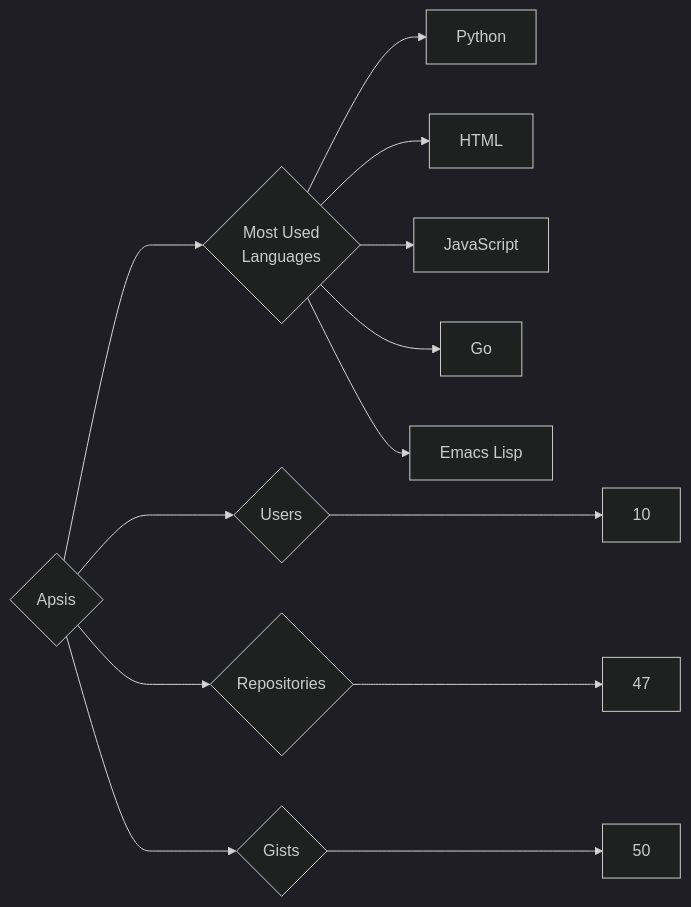
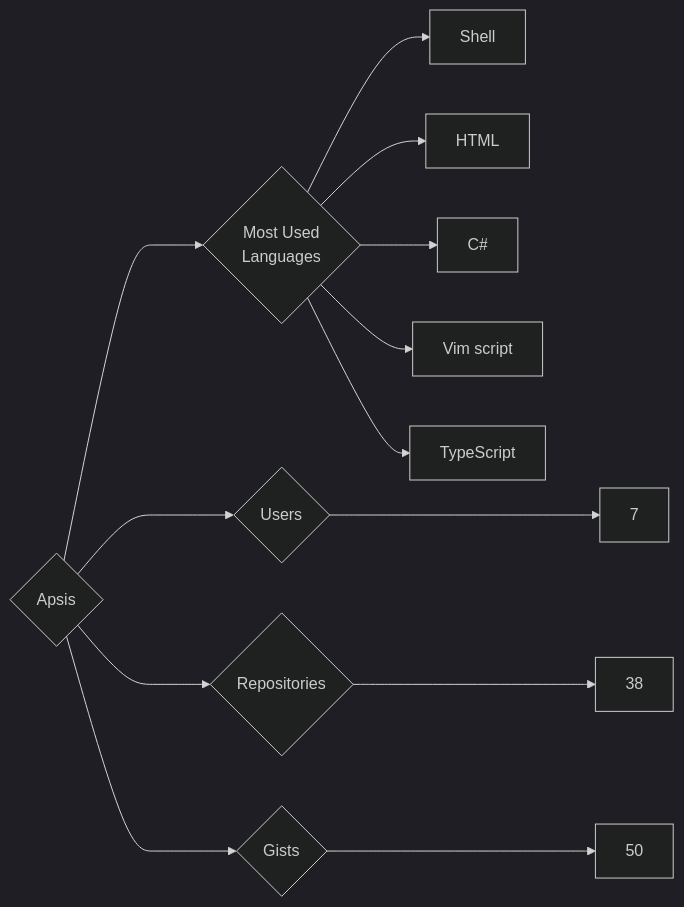
The diagram in targets/Apsis/README.md (trickest/insiders), drawn with Mermaid (dark theme) before and after one commit. The commit also changed 916 other files, not shown here.

````diff
--- a/targets/Apsis/README.md
+++ b/targets/Apsis/README.md
@@ -3,13 +3,13 @@
 ```mermaid
 graph LR
 COMPANY_NAME{Apsis}
-COMPANY_NAME ---> U{Users} ---> UN[10]
-COMPANY_NAME ---> R{Repositories} ---> RN[47]
+COMPANY_NAME ---> U{Users} ---> UN[7]
+COMPANY_NAME ---> R{Repositories} ---> RN[38]
 COMPANY_NAME ---> G{Gists} ---> GN[50]
 COMPANY_NAME ---> ML{Most Used<br>Languages}
-ML --> Python[Python]
+ML --> Shell[Shell]
 ML --> HTML[HTML]
-ML --> JavaScript[JavaScript]
-ML --> Go[Go]
-ML --> Emacs_Lisp[Emacs Lisp]
+ML --> C#[C#]
+ML --> Vim_script[Vim script]
+ML --> TypeScript[TypeScript]
 ```
````
